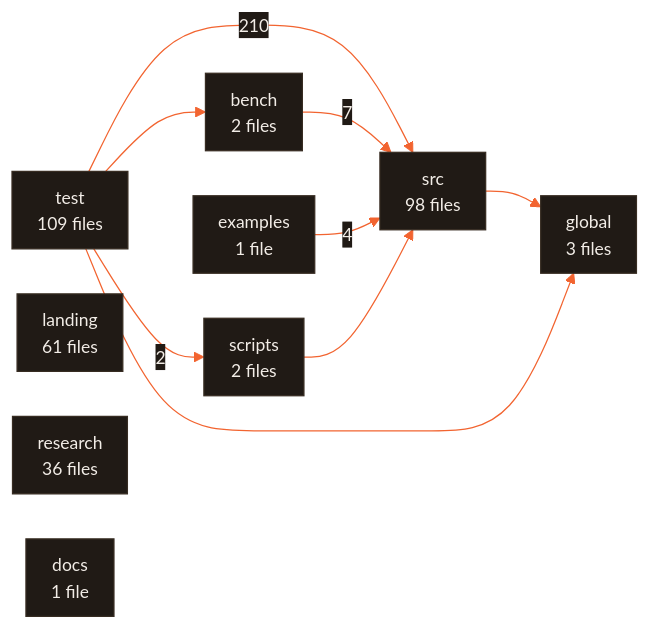
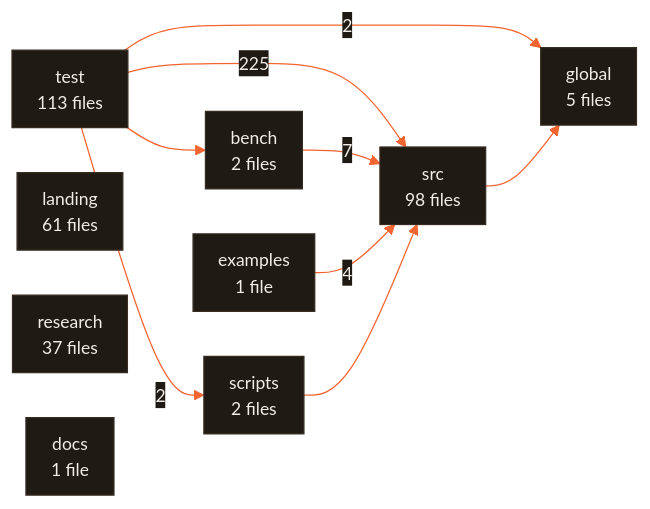
The fifth of 5 diagrams in ARCHITECTURE.md (CodeWithJuber/forgekit), drawn with Mermaid before and after one commit. The commit also changed 1 other file, not shown here.

Commit message:
chore(integration): re-render the repo map and format one merged test
The repo map is generated from the live import graph, which every area
changed; each agent was asked to leave it alone so six branches wouldn't
conflict on the same generated block. Rendered once here instead.
test/brain.test.js exceeded the line width after the merge.

````diff
--- a/ARCHITECTURE.md
+++ b/ARCHITECTURE.md
@@ -600,21 +600,21 @@
 ```mermaid
 %%{init: {'theme':'base','themeVariables':{'primaryColor':'#201a15','primaryTextColor':'#f2ede7','primaryBorderColor':'#372c22','lineColor':'#f26430','secondaryColor':'#272019','tertiaryColor':'#171310','edgeLabelBackground':'#201a15','clusterBkg':'#171310','clusterBorder':'#4a3b2e','fontFamily':'ui-sans-serif, system-ui, sans-serif','fontSize':'14px'},'flowchart':{'curve':'basis','padding':10,'nodeSpacing':36,'rankSpacing':44}}}%%
 flowchart LR
-  test["test<br/>109 files"]
+  test["test<br/>113 files"]
   src["src<br/>98 files"]
   landing["landing<br/>61 files"]
-  research["research<br/>36 files"]
-  global["global<br/>3 files"]
+  research["research<br/>37 files"]
+  global["global<br/>5 files"]
   bench["bench<br/>2 files"]
   scripts["scripts<br/>2 files"]
   docs["docs<br/>1 file"]
   examples["examples<br/>1 file"]
-  test -- 210 --> src
+  test -- 225 --> src
   bench -- 7 --> src
   examples -- 4 --> src
+  test -- 2 --> global
   test -- 2 --> scripts
   scripts --> src
   src --> global
   test --> bench
-  test --> global
 ```
````
